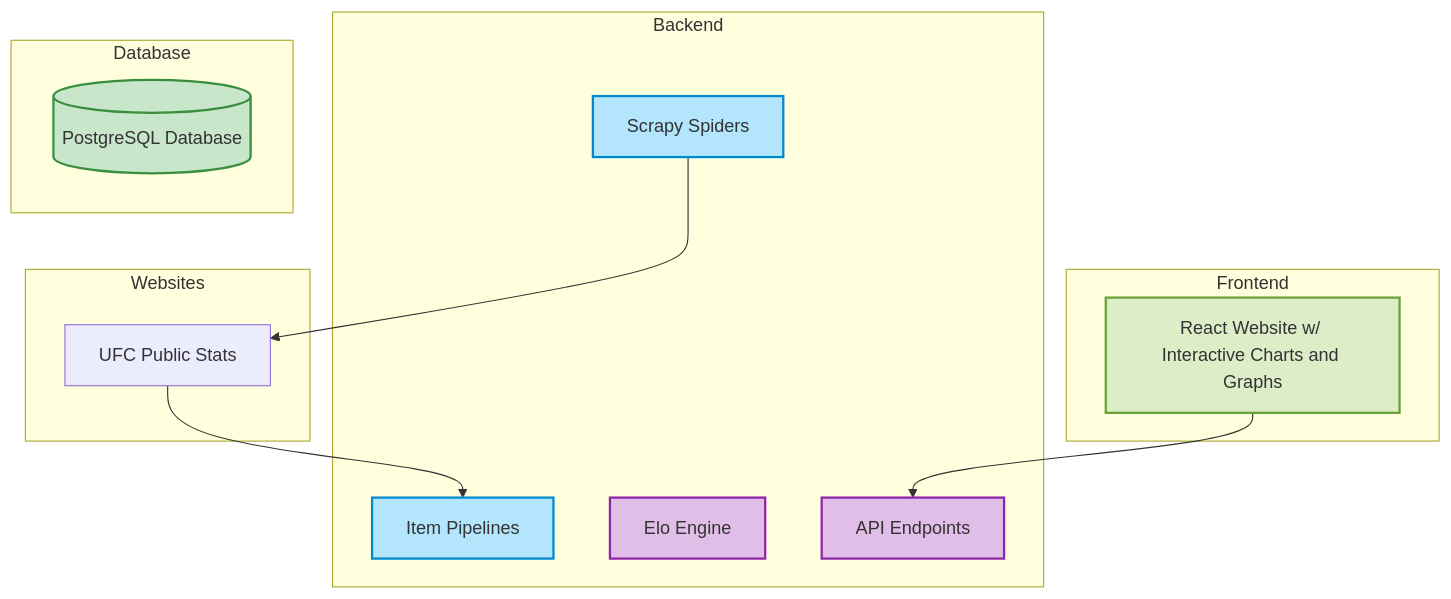
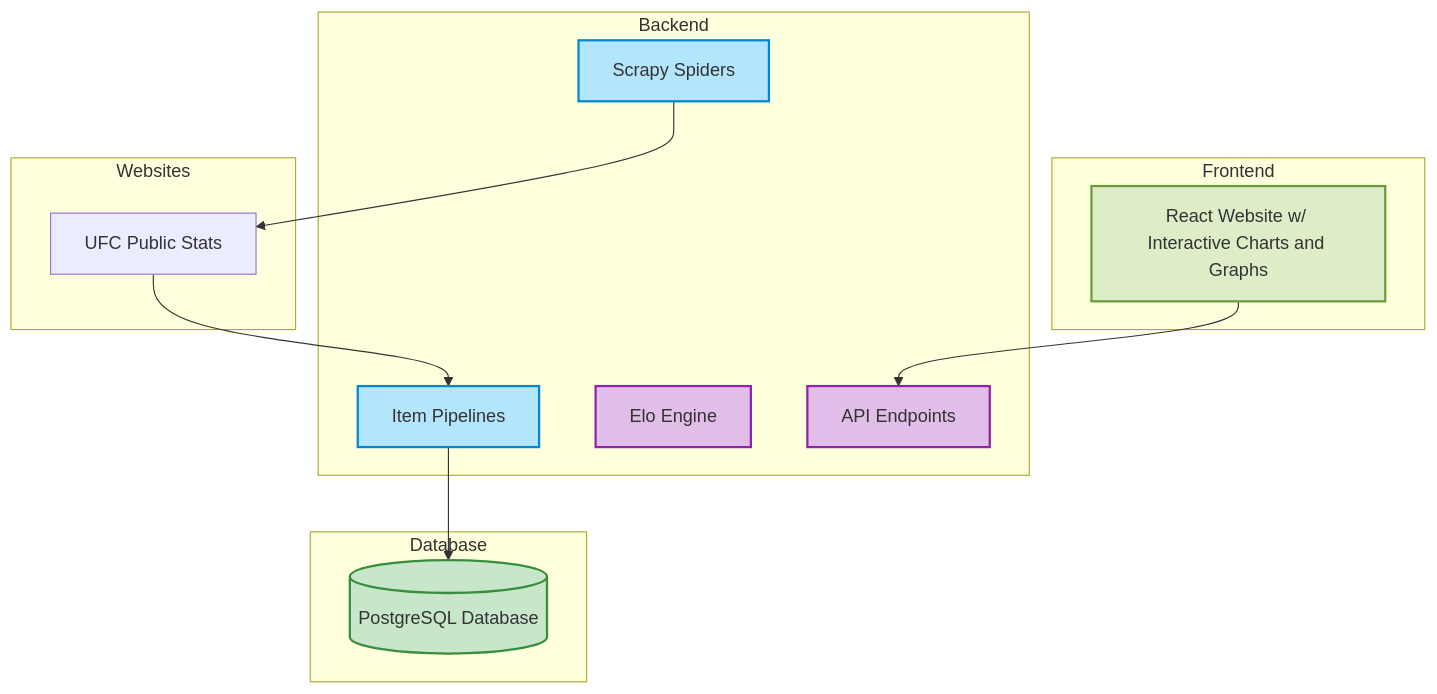
The diagram in README.md (alpinedev51/mma-elo-engine-py), drawn with Mermaid before and after one commit.

````diff
--- a/README.md
+++ b/README.md
@@ -52,40 +52,42 @@
 ```mermaid
 flowchart TD
 
     subgraph Websites
         W1[UFC Public Stats]
     end
 
     subgraph Backend
         A1[Scrapy Spiders] --> W1
         W1 --> A2[Item Pipelines]
         A3[Elo Engine]
         A4[API Endpoints]
         click A1 "Scrapy Spiders regularly crawl MMA websites for fighter data."
         click A2 "Pipelines process and store the fighter data into the database."
         click A3 "Elo engine processes data in database and updates Elo scores."
         click A4 "APIs provide access to database via CRUD operations."
     end
 
     subgraph Database
         B1[(PostgreSQL Database)]
         click B1 "PostgreSQL database stores and handles fighter data and Elo scores."
     end
 
     subgraph Frontend
         E1[React Website w/ Interactive Charts and Graphs] --> A4
         click E1 "Provides UI for interacting with Backend API."
         click E1 "Data is displayed in a React-based frontend."
     end
 
+    A2 --> B1
+
     classDef blue fill:#B3E5FC,stroke:#0288D1,stroke-width:2px;
     classDef green fill:#C8E6C9,stroke:#388E3C,stroke-width:2px;
     classDef orange fill:#FFE0B2,stroke:#F57C00,stroke-width:2px;
     classDef purple fill:#E1BEE7,stroke:#8E24AA,stroke-width:2px;
     classDef lightgreen fill:#DCEDC8,stroke:#689F38,stroke-width:2px;
 
     class A1,A2 blue;
     class B1 green;
     class A3,A4 purple;
     class E1 lightgreen;
 ```
````
